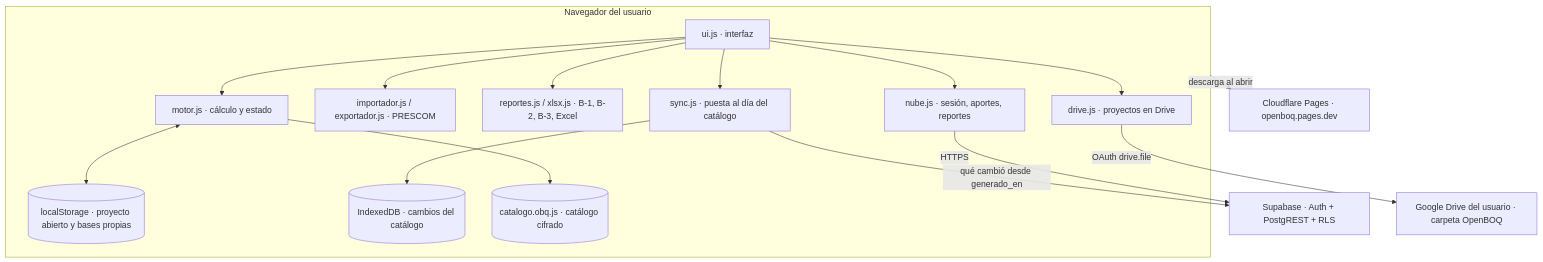
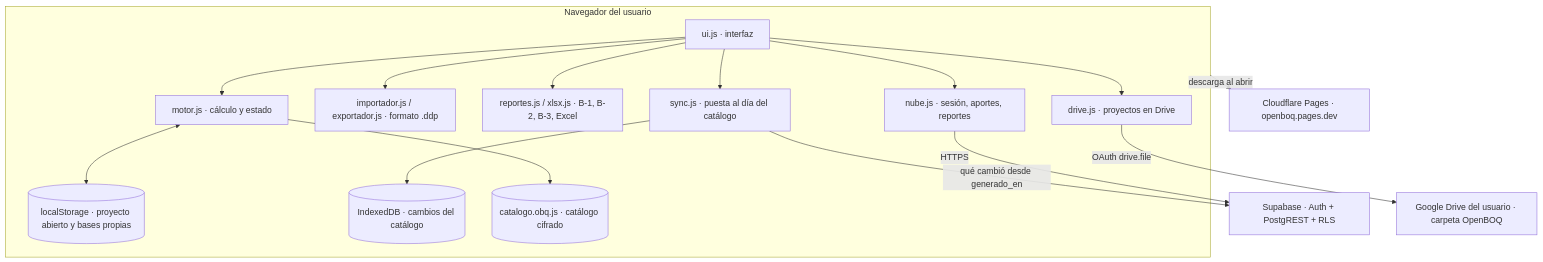
Before and after one commit to ZeikoAlvaro/openboq: the diagram in docs/ARQUITECTURA.md, drawn with Mermaid. The commit also changed other lines of this file and 22 other files, not shown here.

Commit message:
Documentación y código sin el nombre de otro programa: formato .ddp

````diff
--- a/docs/ARQUITECTURA.md
+++ b/docs/ARQUITECTURA.md
@@ -22,27 +22,27 @@
 ```mermaid
 flowchart TB
   subgraph NAV["Navegador del usuario"]
     UI["ui.js · interfaz"]
     MOT["motor.js · cálculo y estado"]
-    IMP["importador.js / exportador.js · PRESCOM"]
+    IMP["importador.js / exportador.js · formato .ddp"]
     REP["reportes.js / xlsx.js · B-1, B-2, B-3, Excel"]
     NUB["nube.js · sesión, aportes, reportes"]
     DRV["drive.js · proyectos en Drive"]
     SYN["sync.js · puesta al día del catálogo"]
     LS[("localStorage · proyecto abierto y bases propias")]
     IDB[("IndexedDB · cambios del catálogo")]
     CAT[("catalogo.obq.js · catálogo cifrado")]
   end
   CF["Cloudflare Pages · openboq.pages.dev"]
   SB["Supabase · Auth + PostgREST + RLS"]
   GD["Google Drive del usuario · carpeta OpenBOQ"]
 
   UI --> MOT --> CAT
   UI --> IMP & REP & NUB & DRV & SYN
   MOT <--> LS
   NAV -- "descarga al abrir" --> CF
   NUB -- "HTTPS" --> SB
   SYN -- "qué cambió desde generado_en" --> SB
   SYN --> IDB
   DRV -- "OAuth drive.file" --> GD
 ```
````
